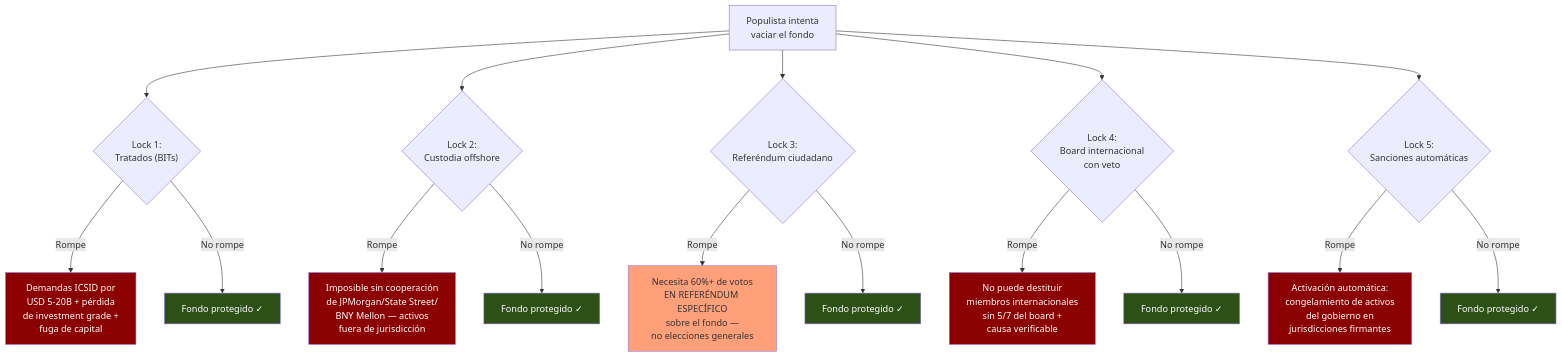
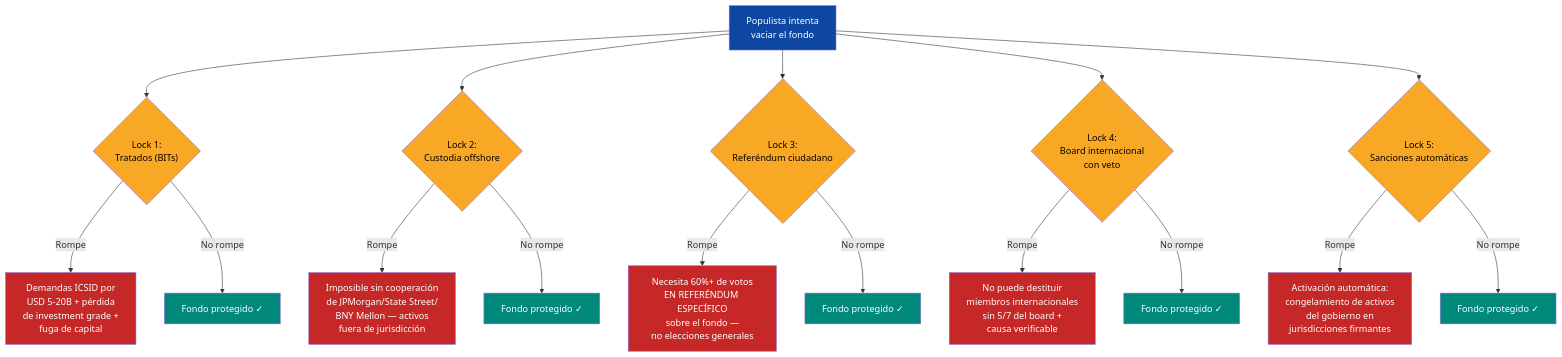
Before and after one commit to Venezuela-S-A/venezuela-sa: the fifth of 5 diagrams in docs/02-motor-financiero/fondo-soberano.md, drawn with Mermaid. The commit also changed other lines of this file and 127 other files, not shown here.

````diff
--- a/docs/02-motor-financiero/fondo-soberano.md
+++ b/docs/02-motor-financiero/fondo-soberano.md
@@ -264,33 +273,39 @@
 ```mermaid
 flowchart TD
     P["Populista intenta<br/>vaciar el fondo"] --> L1{"Lock 1:<br/>Tratados (BITs)"}
     L1 -->|Rompe| C1["Demandas ICSID por<br/>USD 5-20B + pérdida<br/>de investment grade +<br/>fuga de capital"]
     L1 -->|No rompe| S1["Fondo protegido ✓"]
 
     P --> L2{"Lock 2:<br/>Custodia offshore"}
     L2 -->|Rompe| C2["Imposible sin cooperación<br/>de JPMorgan/State Street/<br/>BNY Mellon — activos<br/>fuera de jurisdicción"]
     L2 -->|No rompe| S2["Fondo protegido ✓"]
 
     P --> L3{"Lock 3:<br/>Referéndum ciudadano"}
     L3 -->|Rompe| C3["Necesita 60%+ de votos<br/>EN REFERÉNDUM ESPECÍFICO<br/>sobre el fondo —<br/>no elecciones generales"]
     L3 -->|No rompe| S3["Fondo protegido ✓"]
 
     P --> L4{"Lock 4:<br/>Board internacional<br/>con veto"}
     L4 -->|Rompe| C4["No puede destituir<br/>miembros internacionales<br/>sin 5/7 del board +<br/>causa verificable"]
     L4 -->|No rompe| S4["Fondo protegido ✓"]
 
     P --> L5{"Lock 5:<br/>Sanciones automáticas"}
     L5 -->|Rompe| C5["Activación automática:<br/>congelamiento de activos<br/>del gobierno en<br/>jurisdicciones firmantes"]
     L5 -->|No rompe| S5["Fondo protegido ✓"]
 
-    style C1 fill:#8B0000,color:#fff
-    style C2 fill:#8B0000,color:#fff
-    style C3 fill:#ffa07a
-    style C4 fill:#8B0000,color:#fff
-    style C5 fill:#8B0000,color:#fff
-    style S1 fill:#2d5016,color:#fff
-    style S2 fill:#2d5016,color:#fff
-    style S3 fill:#2d5016,color:#fff
-    style S4 fill:#2d5016,color:#fff
-    style S5 fill:#2d5016,color:#fff
+    style P fill:#0D47A1,color:#fff
+    style L1 fill:#F9A825,color:#000
+    style L2 fill:#F9A825,color:#000
+    style L3 fill:#F9A825,color:#000
+    style L4 fill:#F9A825,color:#000
+    style L5 fill:#F9A825,color:#000
+    style C1 fill:#C62828,color:#fff
+    style C2 fill:#C62828,color:#fff
+    style C3 fill:#C62828,color:#fff
+    style C4 fill:#C62828,color:#fff
+    style C5 fill:#C62828,color:#fff
+    style S1 fill:#00897B,color:#fff
+    style S2 fill:#00897B,color:#fff
+    style S3 fill:#00897B,color:#fff
+    style S4 fill:#00897B,color:#fff
+    style S5 fill:#00897B,color:#fff
 ```
````
